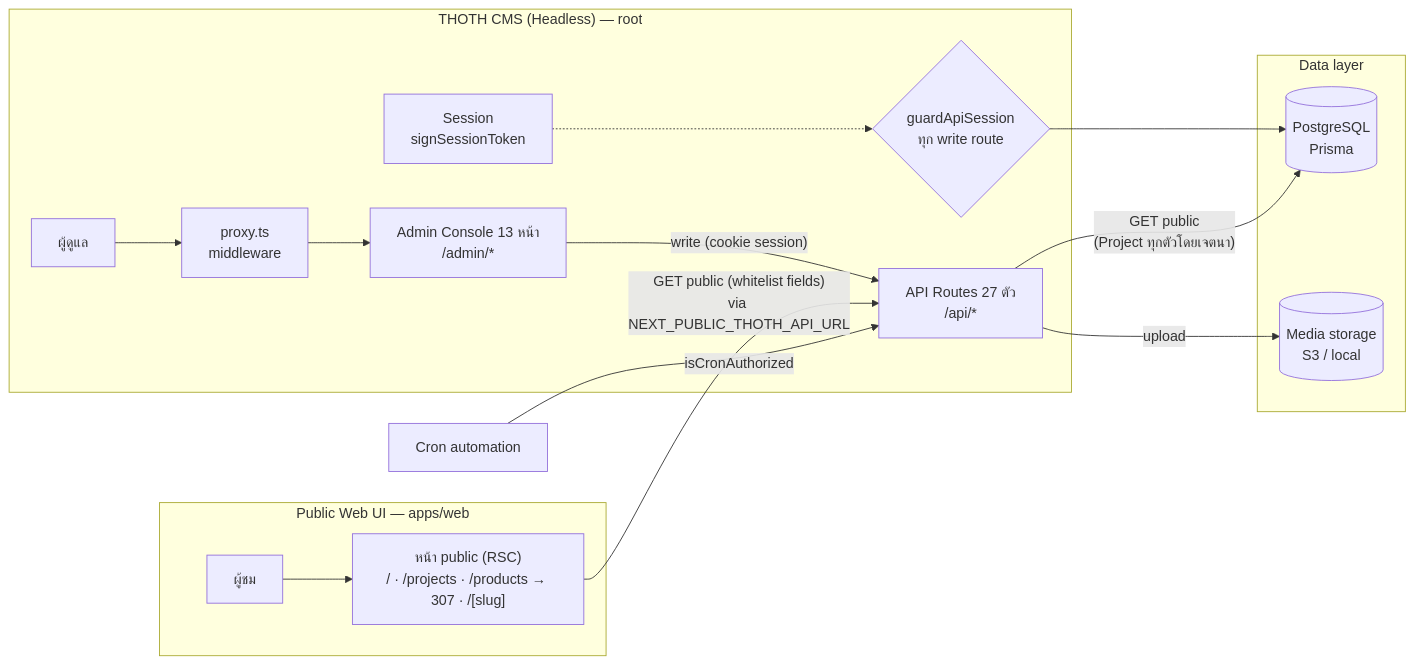
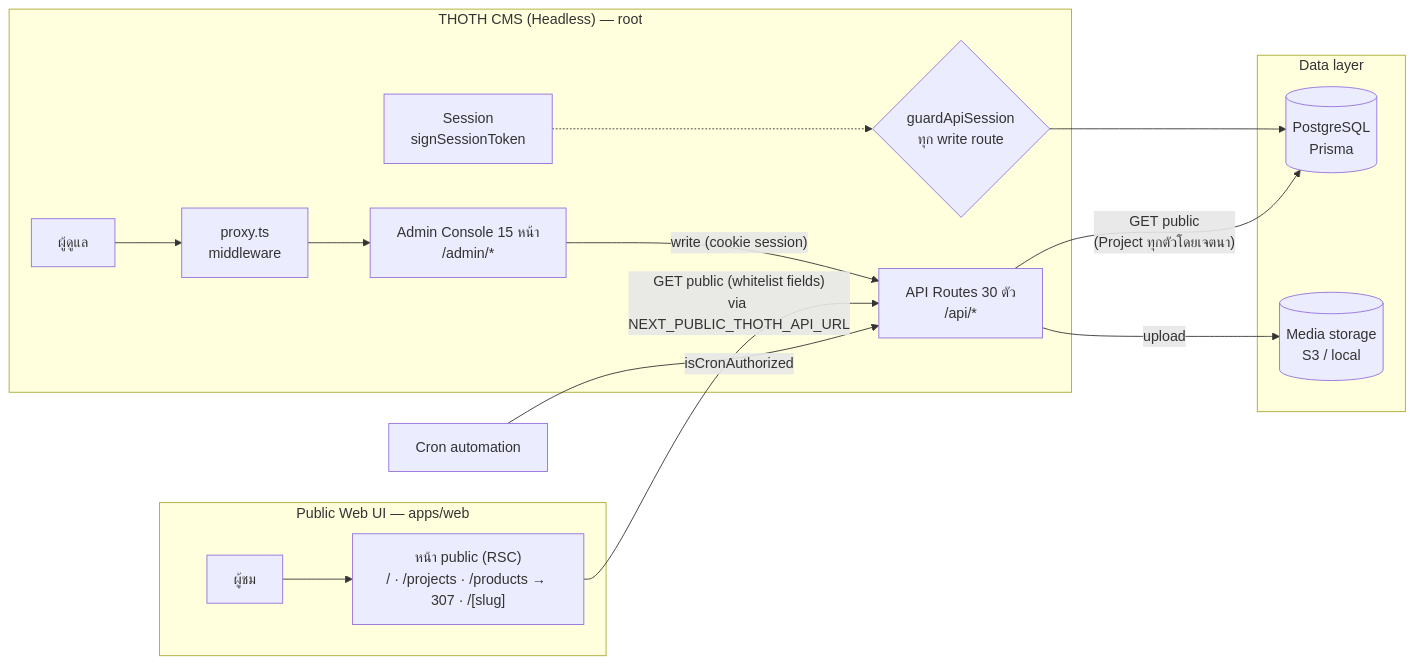
One commit to Ex0-Adam/THOTH-V2 changed the diagram in README.md. Above: the diagram before and after it, drawn with Mermaid. The commit also changed other lines of this file and 31 other files, not shown here.

````diff
--- a/README.md
+++ b/README.md
@@ -33,24 +33,24 @@
 ```mermaid
 flowchart LR
     subgraph WEB["Public Web UI — apps/web"]
         VIS["ผู้ชม"] --> PAGES["หน้า public (RSC)<br/>/ · /projects · /products → 307 · /[slug]"]
     end
 
     subgraph CMS["THOTH CMS (Headless) — root"]
         ADMIN["ผู้ดูแล"] --> PROXY["proxy.ts<br/>middleware"]
-        PROXY --> CONSOLE["Admin Console 13 หน้า<br/>/admin/*"]
-        CONSOLE -- "write (cookie session)" --> API["API Routes 27 ตัว<br/>/api/*"]
+        PROXY --> CONSOLE["Admin Console 15 หน้า<br/>/admin/*"]
+        CONSOLE -- "write (cookie session)" --> API["API Routes 30 ตัว<br/>/api/*"]
         AUTH["Session<br/>signSessionToken"] -.-> GUARD
     end
 
     subgraph DATA["Data layer"]
         DB[("PostgreSQL<br/>Prisma")]
         STORE[("Media storage<br/>S3 / local")]
     end
 
     PAGES -- "GET public (whitelist fields)<br/>via NEXT_PUBLIC_THOTH_API_URL" --> API
     GUARD{"guardApiSession<br/>ทุก write route"} --> DB
     API -- "GET public<br/>(Project ทุกตัวโดยเจตนา)" --> DB
     API -- "upload" --> STORE
     CRON["Cron automation"] -- "isCronAuthorized" --> API
 ```
````
